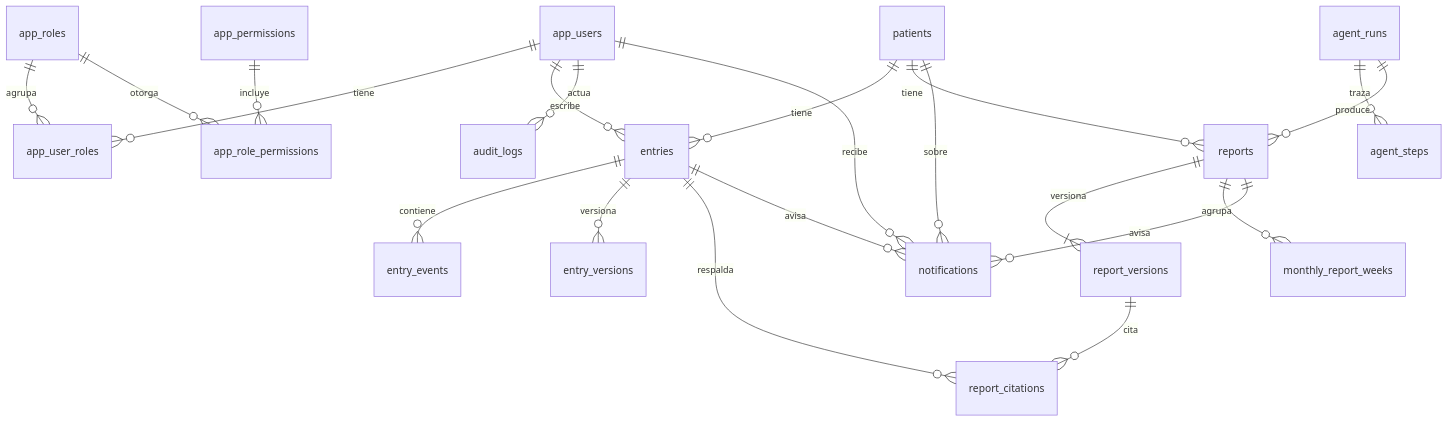
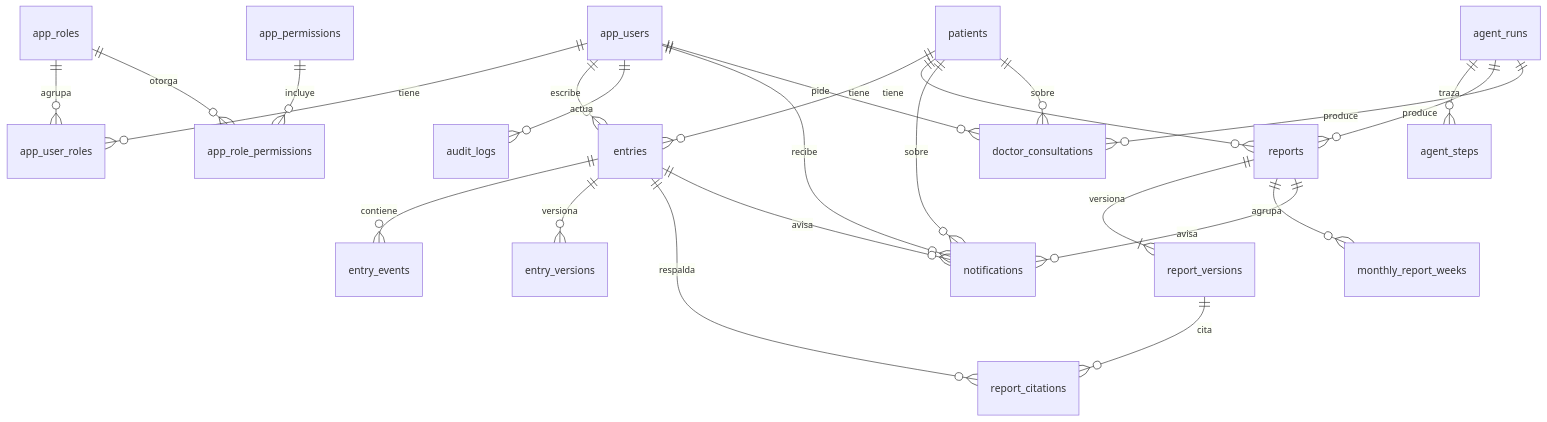
The diagram in docs/DICCIONARIO_DATOS.md (Breinersmartinez/patient-progress-auditor), drawn with Mermaid before and after one commit. The commit also changed other lines of this file and 26 other files, not shown here.

````diff
--- a/docs/DICCIONARIO_DATOS.md
+++ b/docs/DICCIONARIO_DATOS.md
@@ -54,23 +55,26 @@
 ```mermaid
 erDiagram
     app_users ||--o{ app_user_roles : tiene
     app_roles ||--o{ app_user_roles : agrupa
     app_roles ||--o{ app_role_permissions : otorga
     app_permissions ||--o{ app_role_permissions : incluye
     patients ||--o{ entries : tiene
     app_users ||--o{ entries : escribe
     entries ||--o{ entry_events : contiene
     entries ||--o{ entry_versions : versiona
     patients ||--o{ reports : tiene
     reports ||--|{ report_versions : versiona
     report_versions ||--o{ report_citations : cita
     entries ||--o{ report_citations : respalda
     reports ||--o{ monthly_report_weeks : agrupa
     agent_runs ||--o{ agent_steps : traza
     agent_runs ||--o{ reports : produce
     app_users ||--o{ audit_logs : actua
     app_users ||--o{ notifications : recibe
     patients ||--o{ notifications : sobre
     entries ||--o{ notifications : avisa
     reports ||--o{ notifications : avisa
+    app_users ||--o{ doctor_consultations : pide
+    patients ||--o{ doctor_consultations : sobre
+    agent_runs ||--o{ doctor_consultations : produce
 ```
````
